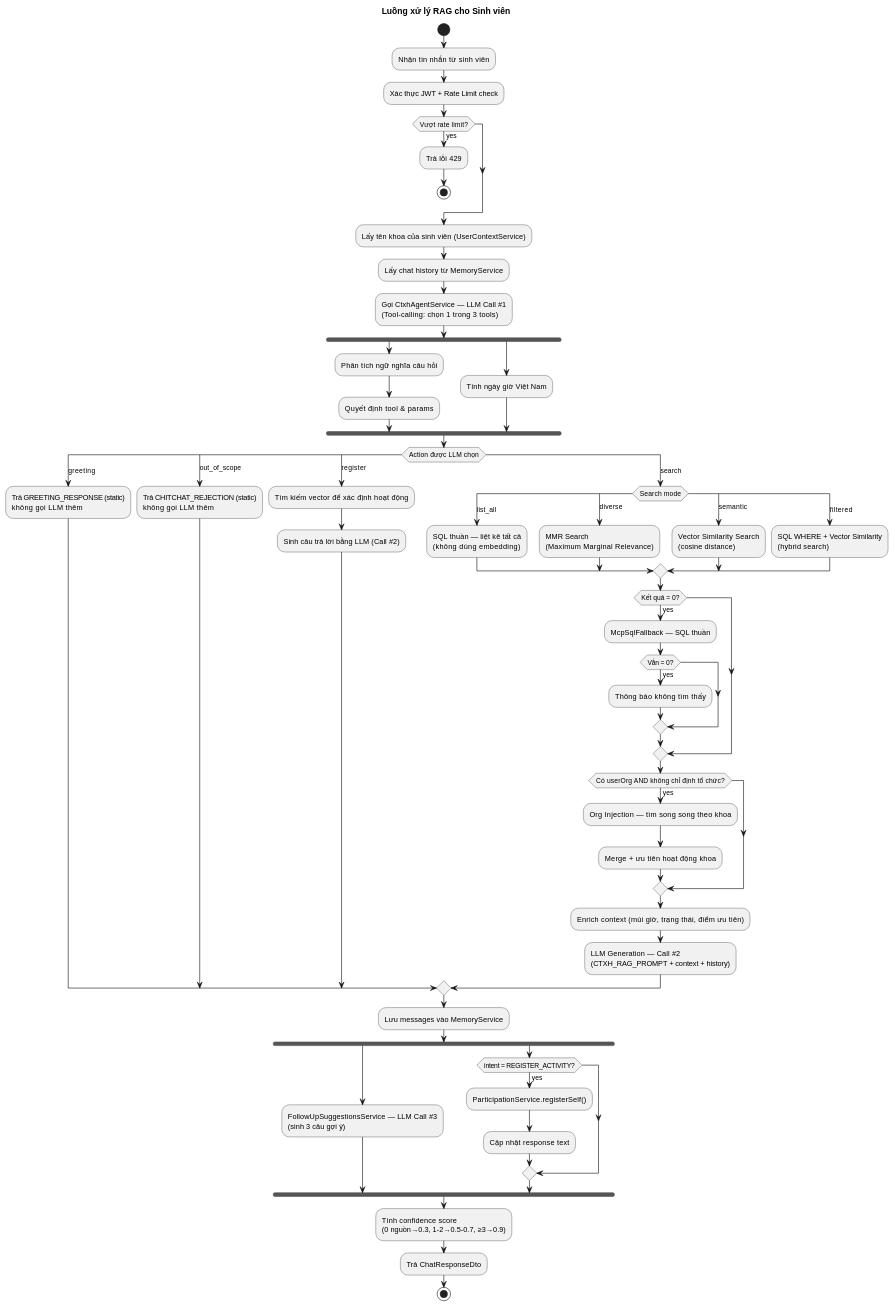
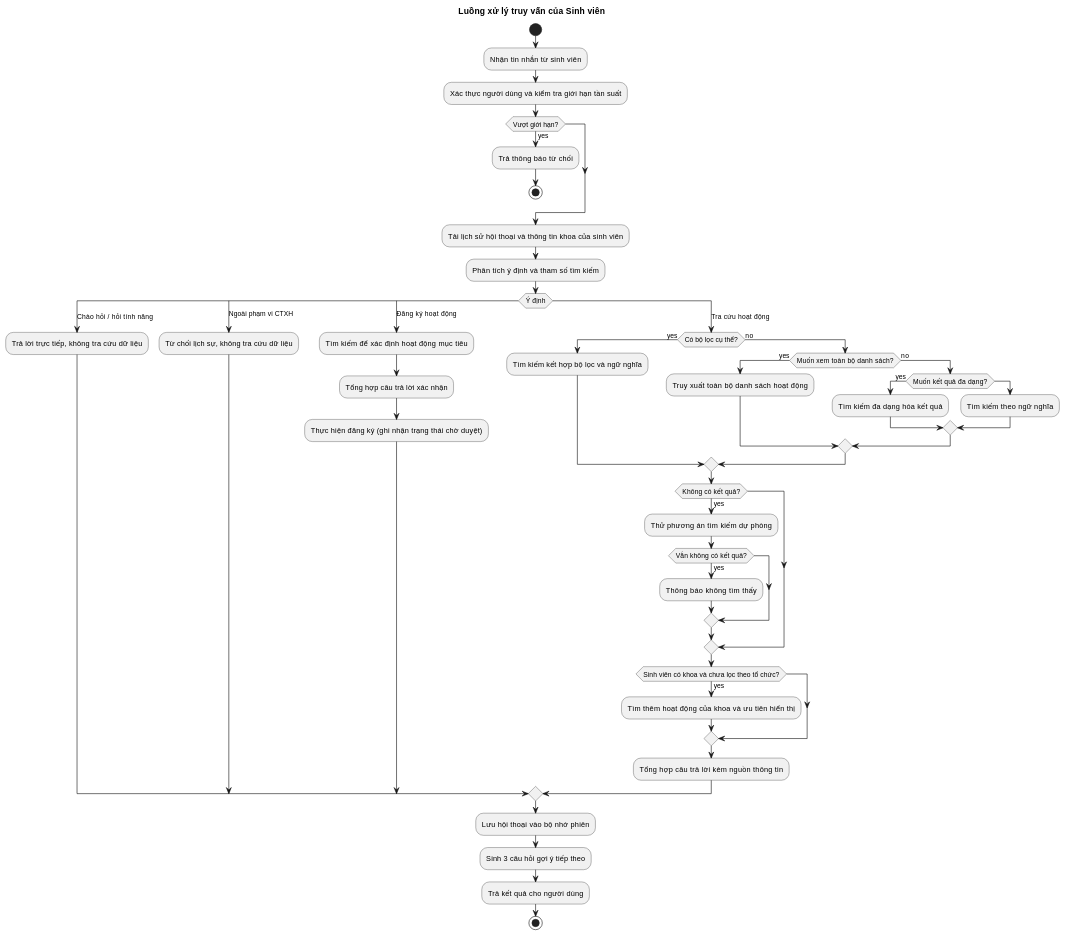
Before and after one commit to Suyq017/doanhoi-portal: the second of 10 diagrams in mechanism/Duy/chatbot/CHATBOT_FLOW_DOCUMENTATION.md, drawn with PlantUML. The commit also changed other lines of this file and 43 other files, not shown here.

````diff
--- a/mechanism/Duy/chatbot/CHATBOT_FLOW_DOCUMENTATION.md
+++ b/mechanism/Duy/chatbot/CHATBOT_FLOW_DOCUMENTATION.md
@@ -262,80 +173,63 @@
 ```plantuml
 @startuml Student_RAG_Activity
-title Luồng xử lý RAG cho Sinh viên
+title Luồng xử lý truy vấn của Sinh viên
 
 start
 
 :Nhận tin nhắn từ sinh viên;
-:Xác thực JWT + Rate Limit check;
+:Xác thực người dùng và kiểm tra giới hạn tần suất;
 
-if (Vượt rate limit?) then (yes)
-  :Trả lỗi 429;
+if (Vượt giới hạn?) then (yes)
+  :Trả thông báo từ chối;
   stop
 endif
 
-:Lấy tên khoa của sinh viên (UserContextService);
-:Lấy chat history từ MemoryService;
+:Tải lịch sử hội thoại và thông tin khoa của sinh viên;
+:Phân tích ý định và tham số tìm kiếm;
 
-:Gọi CtxhAgentService — LLM Call #1\n(Tool-calling: chọn 1 trong 3 tools);
+switch (Ý định)
+case (Chào hỏi / hỏi tính năng)
+  :Trả lời trực tiếp, không tra cứu dữ liệu;
+case (Ngoài phạm vi CTXH)
+  :Từ chối lịch sự, không tra cứu dữ liệu;
+case (Đăng ký hoạt động)
+  :Tìm kiếm để xác định hoạt động mục tiêu;
+  :Tổng hợp câu trả lời xác nhận;
+  :Thực hiện đăng ký (ghi nhận trạng thái chờ duyệt);
+case (Tra cứu hoạt động)
+  if (Có bộ lọc cụ thể?) then (yes)
+    :Tìm kiếm kết hợp bộ lọc và ngữ nghĩa;
+  else (no)
+    if (Muốn xem toàn bộ danh sách?) then (yes)
+      :Truy xuất toàn bộ danh sách hoạt động;
+    else (no)
+      if (Muốn kết quả đa dạng?) then (yes)
+        :Tìm kiếm đa dạng hóa kết quả;
+      else
+        :Tìm kiếm theo ngữ nghĩa;
+      endif
+    endif
+  endif
 
-fork
-  :Phân tích ngữ nghĩa câu hỏi;
-  :Quyết định tool & params;
-fork again
-  :Tính ngày giờ Việt Nam;
-end fork
-
-switch (Action được LLM chọn)
-case (greeting)
-  :Trả GREETING_RESPONSE (static)\nkhông gọi LLM thêm;
-case (out_of_scope)
-  :Trả CHITCHAT_REJECTION (static)\nkhông gọi LLM thêm;
-case (register)
-  :Tìm kiếm vector để xác định hoạt động;
-  :Sinh câu trả lời bằng LLM (Call #2);
-case (search)
-  switch (Search mode)
-  case (list_all)
-    :SQL thuần — liệt kê tất cả\n(không dùng embedding);
-  case (diverse)
-    :MMR Search\n(Maximum Marginal Relevance);
-  case (semantic)
-    :Vector Similarity Search\n(cosine distance);
-  case (filtered)
-    :SQL WHERE + Vector Similarity\n(hybrid search);
-  endswitch
-
-  if (Kết quả = 0?) then (yes)
-    :McpSqlFallback — SQL thuần;
-    if (Vẫn = 0?) then (yes)
+  if (Không có kết quả?) then (yes)
+    :Thử phương án tìm kiếm dự phòng;
+    if (Vẫn không có kết quả?) then (yes)
       :Thông báo không tìm thấy;
     endif
   endif
 
-  if (Có userOrg AND không chỉ định tổ chức?) then (yes)
-    :Org Injection — tìm song song theo khoa;
-    :Merge + ưu tiên hoạt động khoa;
+  if (Sinh viên có khoa và chưa lọc theo tổ chức?) then (yes)
+    :Tìm thêm hoạt động của khoa và ưu tiên hiển thị;
   endif
 
-  :Enrich context (múi giờ, trạng thái, điểm ưu tiên);
-  :LLM Generation — Call #2\n(CTXH_RAG_PROMPT + context + history);
+  :Tổng hợp câu trả lời kèm nguồn thông tin;
 endswitch
 
-:Lưu messages vào MemoryService;
-
-fork
-  :FollowUpSuggestionsService — LLM Call #3\n(sinh 3 câu gợi ý);
-fork again
-  if (intent = REGISTER_ACTIVITY?) then (yes)
-    :ParticipationService.registerSelf();
-    :Cập nhật response text;
-  endif
-end fork
-
-:Tính confidence score\n(0 nguồn→0.3, 1-2→0.5-0.7, ≥3→0.9);
-:Trả ChatResponseDto;
+:Lưu hội thoại vào bộ nhớ phiên;
+:Sinh 3 câu hỏi gợi ý tiếp theo;
+:Trả kết quả cho người dùng;
 
 stop
 
 @enduml
 ```
````
